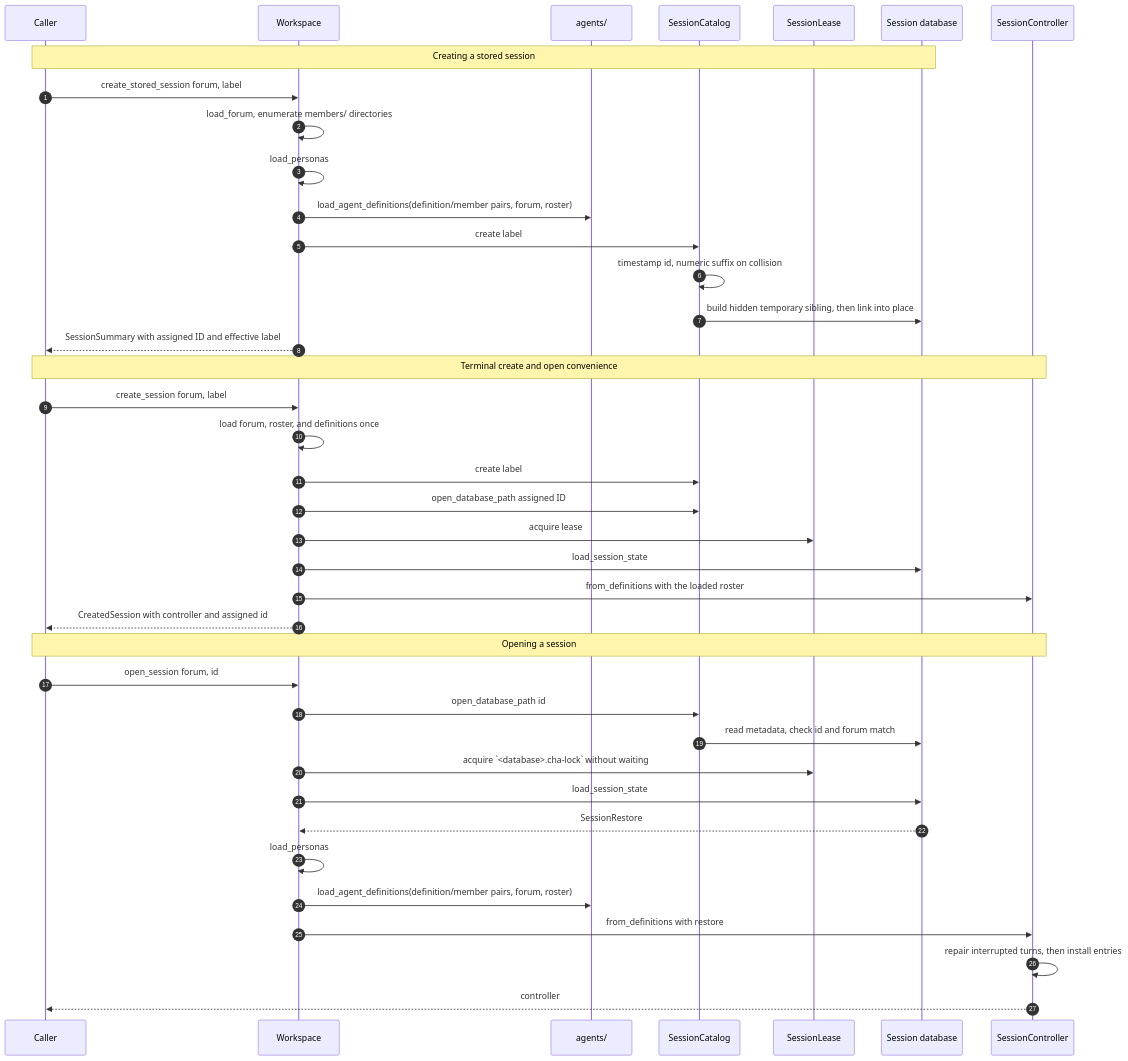
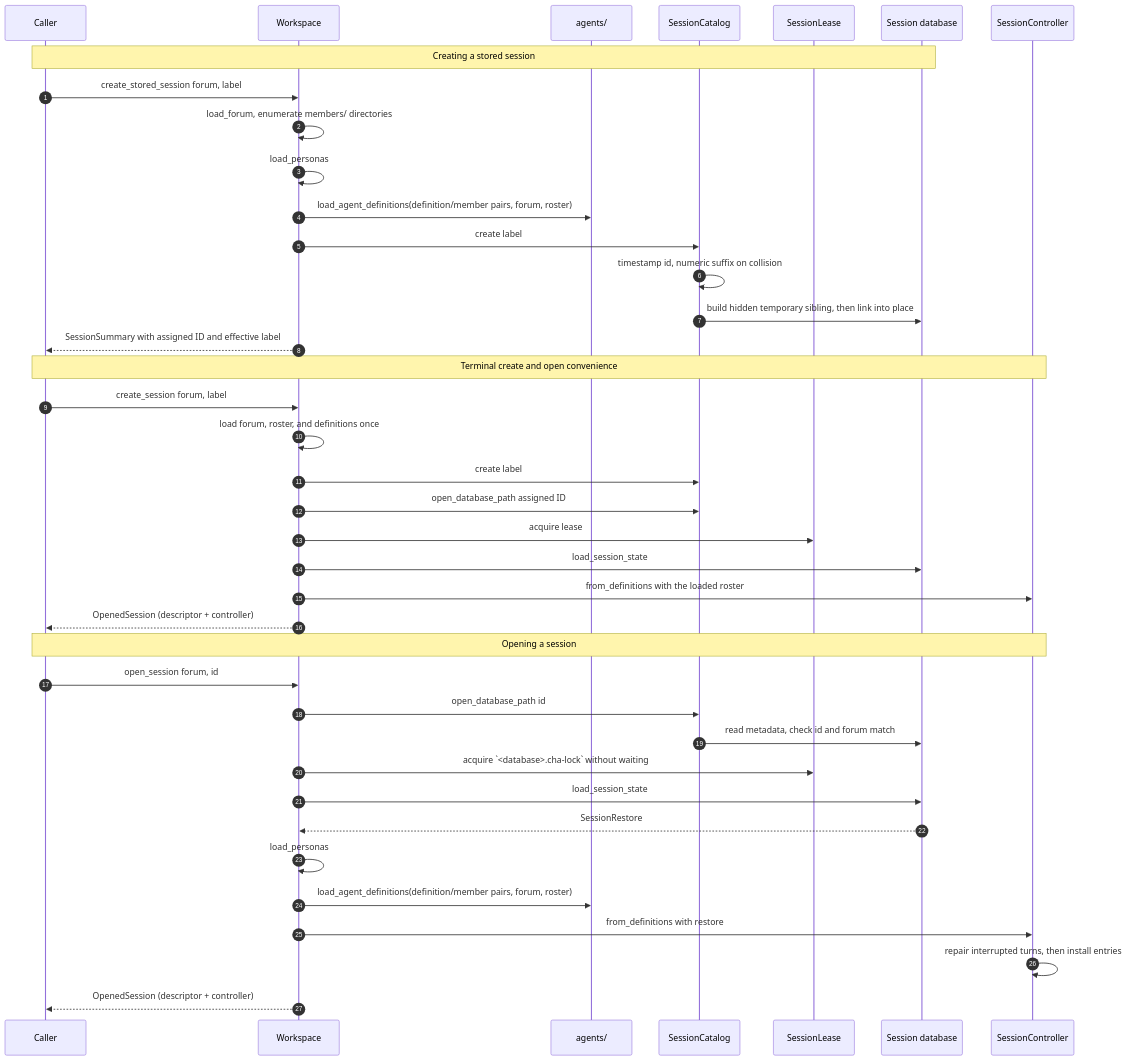
The second of 4 diagrams in src/session/README.md (michaelpopov/cha), drawn with Mermaid before and after one commit. The commit also changed other lines of this file and 9 other files, not shown here.

````diff
--- a/src/session/README.md
+++ b/src/session/README.md
@@ -110,44 +113,44 @@
 ```mermaid
 sequenceDiagram
     autonumber
     participant UI as Caller
     participant WS as Workspace
     participant AG as agents/
     participant SC as SessionCatalog
     participant SL as SessionLease
     participant DB as Session database
     participant CC as SessionController
 
     Note over UI,DB: Creating a stored session
     UI->>WS: create_stored_session forum, label
     WS->>WS: load_forum, enumerate members/ directories
     WS->>WS: load_personas
     WS->>AG: load_agent_definitions(definition/member pairs, forum, roster)
     WS->>SC: create label
     SC->>SC: timestamp id, numeric suffix on collision
     SC->>DB: build hidden temporary sibling, then link into place
     WS-->>UI: SessionSummary with assigned ID and effective label
 
     Note over UI,CC: Terminal create and open convenience
     UI->>WS: create_session forum, label
     WS->>WS: load forum, roster, and definitions once
     WS->>SC: create label
     WS->>SC: open_database_path assigned ID
     WS->>SL: acquire lease
     WS->>DB: load_session_state
     WS->>CC: from_definitions with the loaded roster
-    WS-->>UI: CreatedSession with controller and assigned id
+    WS-->>UI: OpenedSession (descriptor + controller)
 
     Note over UI,CC: Opening a session
     UI->>WS: open_session forum, id
     WS->>SC: open_database_path id
     SC->>DB: read metadata, check id and forum match
     WS->>SL: acquire `<database>.cha-lock` without waiting
     WS->>DB: load_session_state
     DB-->>WS: SessionRestore
     WS->>WS: load_personas
     WS->>AG: load_agent_definitions(definition/member pairs, forum, roster)
     WS->>CC: from_definitions with restore
     CC->>CC: repair interrupted turns, then install entries
-    CC-->>UI: controller
+    WS-->>UI: OpenedSession (descriptor + controller)
 ```
````
